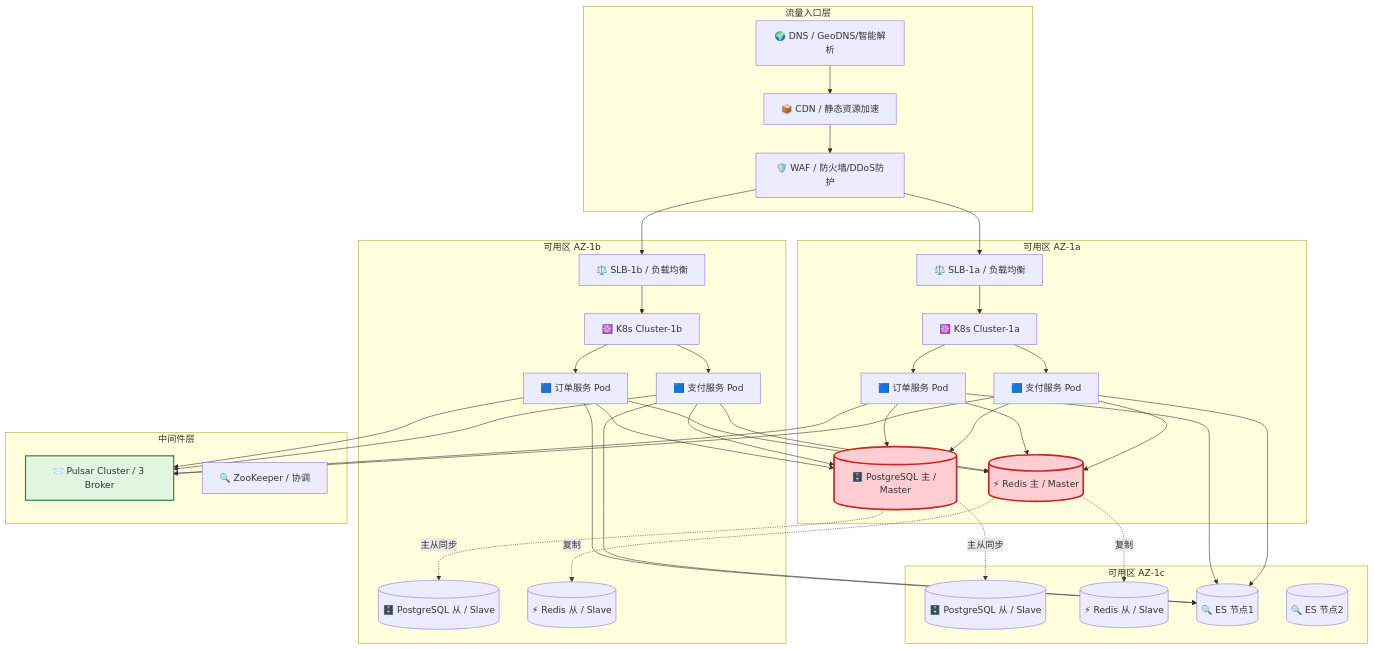
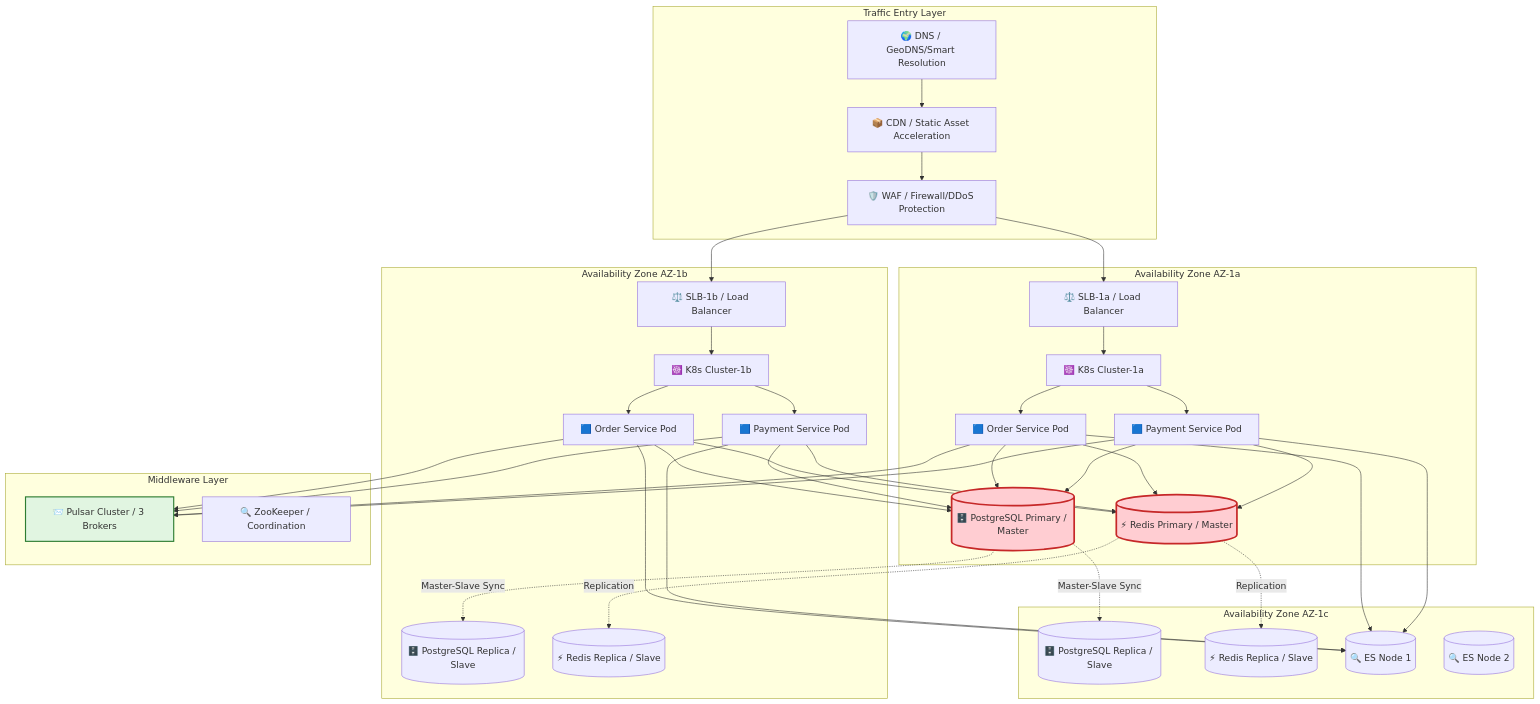
Before and after one commit to Kirky-X/cangjie: diagram 11 of 15 in templates/产品/技术层/【模板】架构设计文档.md, drawn with Mermaid. The commit also changed other lines of this file and 46 other files, not shown here.

````diff
--- a/templates/产品/技术层/【模板】架构设计文档.md
+++ b/templates/产品/技术层/【模板】架构设计文档.md
@@ -475,75 +475,75 @@
 ```mermaid
 graph TB
-    subgraph 流量入口层
-        DNS[🌍 DNS / GeoDNS/智能解析]
-        CDN[📦 CDN / 静态资源加速]
-        WAF[🛡️ WAF / 防火墙/DDoS防护]
+    subgraph Traffic Entry Layer
+        DNS[🌍 DNS / GeoDNS/Smart Resolution]
+        CDN[📦 CDN / Static Asset Acceleration]
+        WAF[🛡️ WAF / Firewall/DDoS Protection]
     end
 
-    subgraph 可用区 AZ-1a
-        LB1[⚖️ SLB-1a / 负载均衡]
+    subgraph Availability Zone AZ-1a
+        LB1[⚖️ SLB-1a / Load Balancer]
         K8S1[☸️ K8s Cluster-1a]
-        APP1[🟦 订单服务 Pod]
-        APP2[🟦 支付服务 Pod]
-        DB1[(🗄️ PostgreSQL 主 / Master)]
-        RED1[(⚡ Redis 主 / Master)]
+        APP1[🟦 Order Service Pod]
+        APP2[🟦 Payment Service Pod]
+        DB1[(🗄️ PostgreSQL Primary / Master)]
+        RED1[(⚡ Redis Primary / Master)]
     end
 
-    subgraph 可用区 AZ-1b
-        LB2[⚖️ SLB-1b / 负载均衡]
+    subgraph Availability Zone AZ-1b
+        LB2[⚖️ SLB-1b / Load Balancer]
         K8S2[☸️ K8s Cluster-1b]
-        APP3[🟦 订单服务 Pod]
-        APP4[🟦 支付服务 Pod]
-        DB2[(🗄️ PostgreSQL 从 / Slave)]
-        RED2[(⚡ Redis 从 / Slave)]
+        APP3[🟦 Order Service Pod]
+        APP4[🟦 Payment Service Pod]
+        DB2[(🗄️ PostgreSQL Replica / Slave)]
+        RED2[(⚡ Redis Replica / Slave)]
     end
 
-    subgraph 可用区 AZ-1c
-        DB3[(🗄️ PostgreSQL 从 / Slave)]
-        RED3[(⚡ Redis 从 / Slave)]
-        ES1[(🔍 ES 节点1)]
-        ES2[(🔍 ES 节点2)]
+    subgraph Availability Zone AZ-1c
+        DB3[(🗄️ PostgreSQL Replica / Slave)]
+        RED3[(⚡ Redis Replica / Slave)]
+        ES1[(🔍 ES Node 1)]
+        ES2[(🔍 ES Node 2)]
     end
 
-    subgraph 中间件层
-        PULSAR[📨 Pulsar Cluster / 3 Broker]
-        ZK[🔍 ZooKeeper / 协调]
+    subgraph Middleware Layer
+        PULSAR[📨 Pulsar Cluster / 3 Brokers]
+        ZK[🔍 ZooKeeper / Coordination]
     end
 
     DNS --> CDN --> WAF
     WAF --> LB1
     WAF --> LB2
     LB1 --> K8S1
     LB2 --> K8S2
     K8S1 --> APP1
     K8S1 --> APP2
     K8S2 --> APP3
     K8S2 --> APP4
 
     APP1 --> DB1
     APP2 --> DB1
     APP3 --> DB1
     APP4 --> DB1
-    DB1 -.->|主从同步| DB2
-    DB1 -.->|主从同步| DB3
+    DB1 -.->|Master-Slave Sync| DB2
+    DB1 -.->|Master-Slave Sync| DB3
 
     APP1 --> RED1
     APP2 --> RED1
     APP3 --> RED1
     APP4 --> RED1
-    RED1 -.->|复制| RED2
-    RED1 -.->|复制| RED3
+    RED1 -.->|Replication| RED2
+    RED1 -.->|Replication| RED3
 
     APP1 --> PULSAR
     APP2 --> PULSAR
     APP3 --> PULSAR
     APP4 --> PULSAR
     APP1 --> ES1
     APP2 --> ES1
     APP3 --> ES1
     APP4 --> ES1
 
     style DB1 fill:#ffcdd2,stroke:#c62828,stroke-width:3px
     style RED1 fill:#ffcdd2,stroke:#c62828,stroke-width:3px
     style PULSAR fill:#e1f5e1,stroke:#2e7d32,stroke-width:2px
 ```
````
